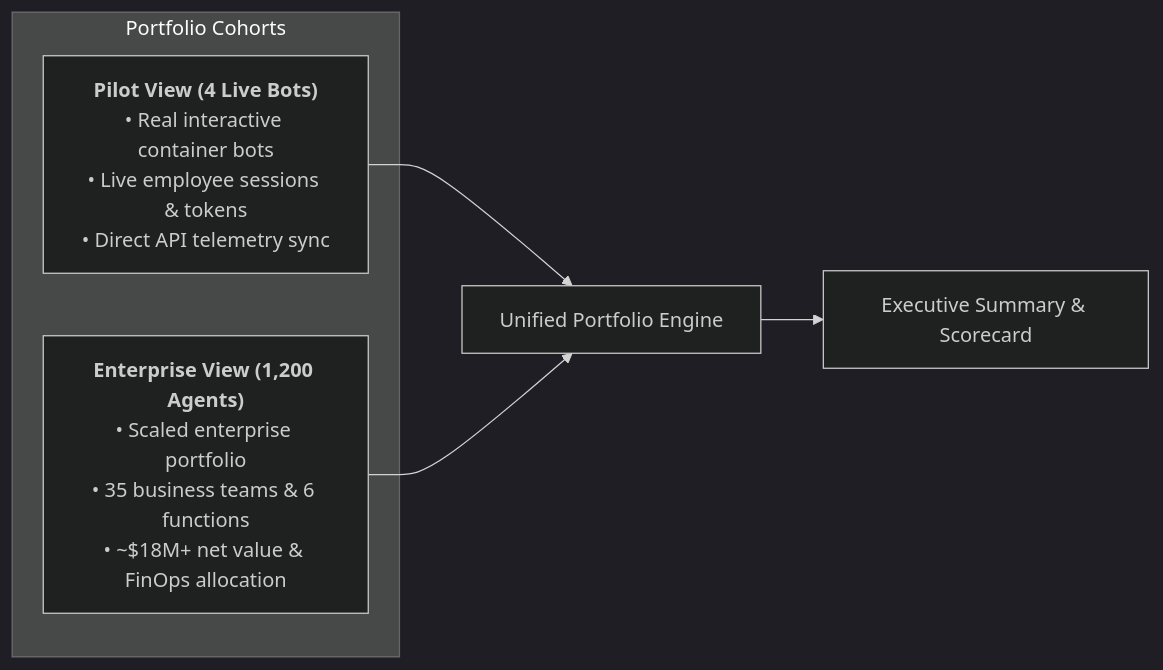
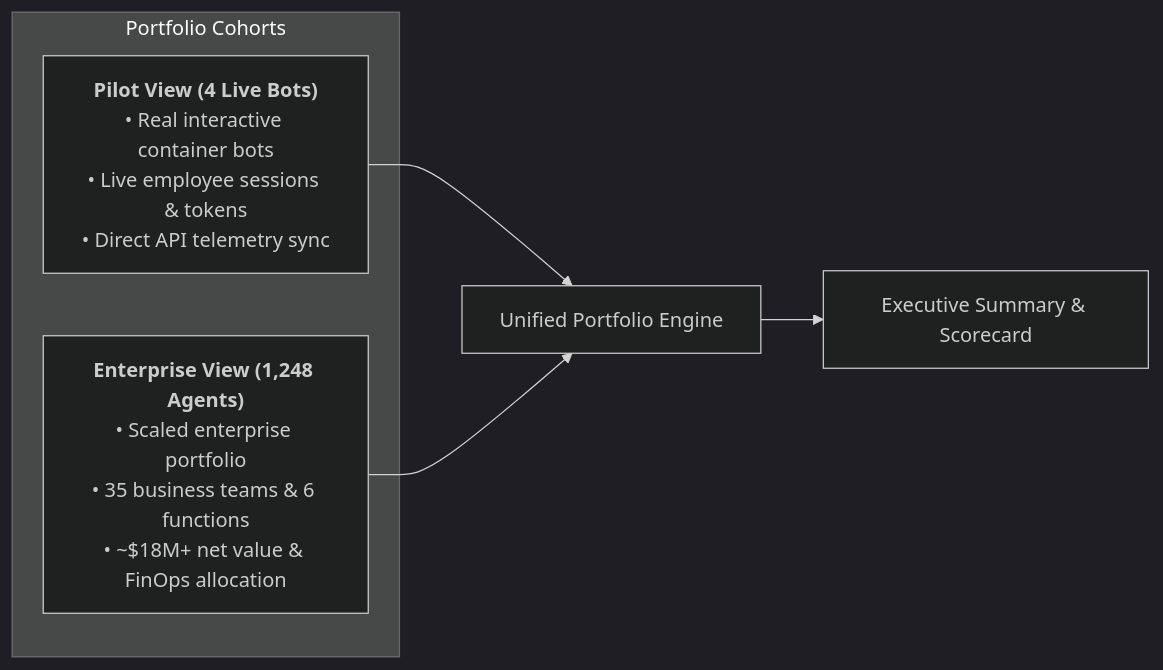
Before and after one commit to WCTHLS/AI_Cockpit: the first of 3 diagrams in ENTERPRISE_VS_PILOT_METRICS_AND_GOVERNANCE_GUIDE.md, drawn with Mermaid (dark theme). The commit also changed other lines of this file and 3 other files, not shown here.

Commit message:
Scale enterprise fleet to 1,248 agents and populate 952 developer seats

````diff
--- a/ENTERPRISE_VS_PILOT_METRICS_AND_GOVERNANCE_GUIDE.md
+++ b/ENTERPRISE_VS_PILOT_METRICS_AND_GOVERNANCE_GUIDE.md
@@ -12,11 +12,11 @@
 ```mermaid
 flowchart LR
     subgraph Cohorts ["Portfolio Cohorts"]
         Pilot["<b>Pilot View (4 Live Bots)</b><br/>• Real interactive container bots<br/>• Live employee sessions & tokens<br/>• Direct API telemetry sync"]
-        Enterprise["<b>Enterprise View (1,200 Agents)</b><br/>• Scaled enterprise portfolio<br/>• 35 business teams & 6 functions<br/>• ~$18M+ net value & FinOps allocation"]
+        Enterprise["<b>Enterprise View (1,248 Agents)</b><br/>• Scaled enterprise portfolio<br/>• 35 business teams & 6 functions<br/>• ~$18M+ net value & FinOps allocation"]
     end
     
     Pilot --> Engine["Unified Portfolio Engine"]
     Enterprise --> Engine
     Engine --> Dashboard["Executive Summary & Scorecard"]
 ```
````
